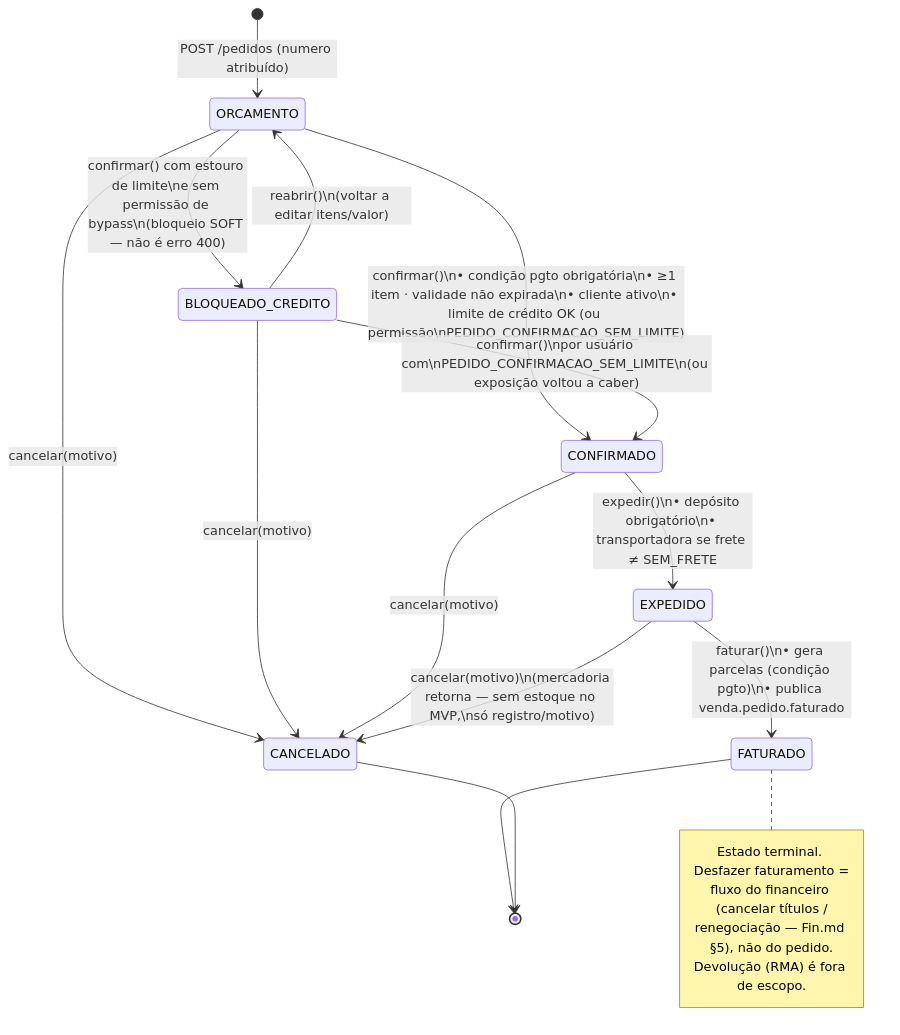
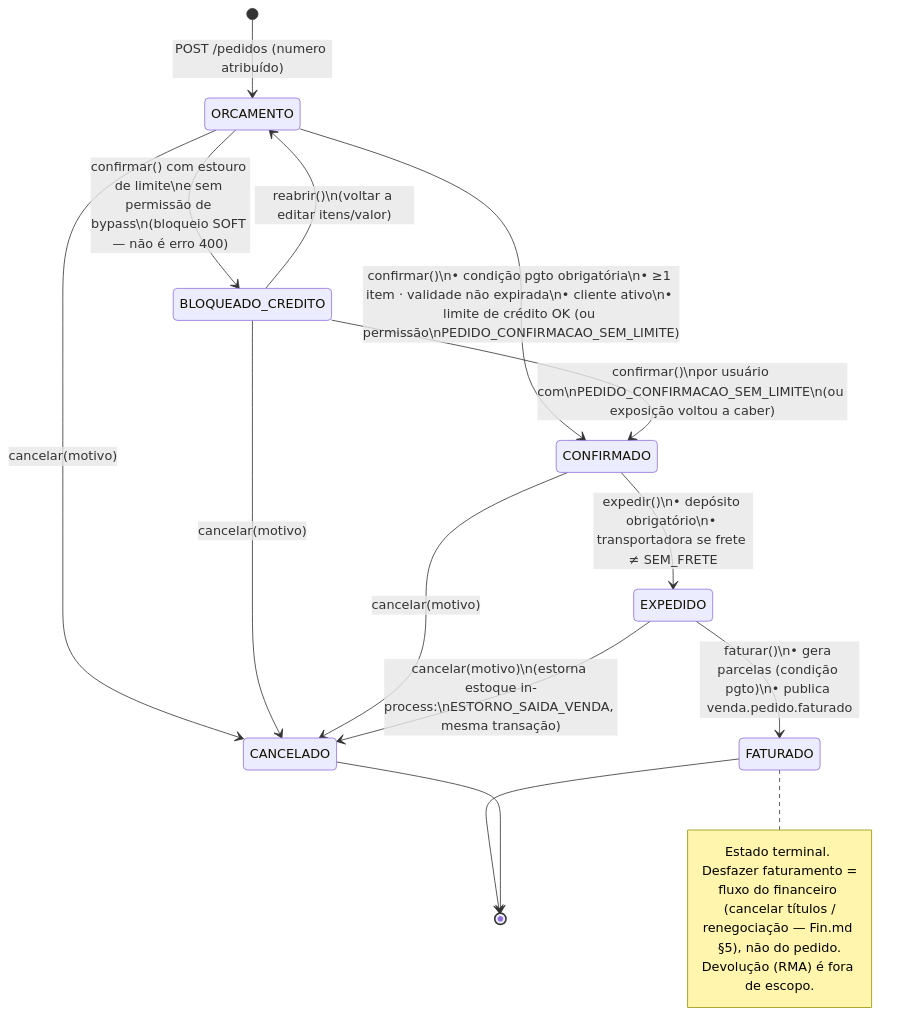
One commit to looperperp-main/lerp-system changed the first of 2 diagrams in spec/o2c-vendas.md. Above: the diagram before and after it, drawn with Mermaid. The commit also changed other lines of this file and 5 other files, not shown here.

````diff
--- a/spec/o2c-vendas.md
+++ b/spec/o2c-vendas.md
@@ -147,28 +149,28 @@
 ```mermaid
 stateDiagram-v2
     [*] --> ORCAMENTO : POST /pedidos (numero atribuído)
 
     ORCAMENTO --> CONFIRMADO : confirmar()\n• condição pgto obrigatória\n• ≥1 item · validade não expirada\n• cliente ativo\n• limite de crédito OK (ou permissão\nPEDIDO_CONFIRMACAO_SEM_LIMITE)
     ORCAMENTO --> BLOQUEADO_CREDITO : confirmar() com estouro de limite\ne sem permissão de bypass\n(bloqueio SOFT — não é erro 400)
     ORCAMENTO --> CANCELADO : cancelar(motivo)
 
     BLOQUEADO_CREDITO --> CONFIRMADO : confirmar()\npor usuário com\nPEDIDO_CONFIRMACAO_SEM_LIMITE\n(ou exposição voltou a caber)
     BLOQUEADO_CREDITO --> ORCAMENTO : reabrir()\n(voltar a editar itens/valor)
     BLOQUEADO_CREDITO --> CANCELADO : cancelar(motivo)
 
     CONFIRMADO --> EXPEDIDO : expedir()\n• depósito obrigatório\n• transportadora se frete ≠ SEM_FRETE
     CONFIRMADO --> CANCELADO : cancelar(motivo)
 
     EXPEDIDO --> FATURADO : faturar()\n• gera parcelas (condição pgto)\n• publica venda.pedido.faturado
-    EXPEDIDO --> CANCELADO : cancelar(motivo)\n(mercadoria retorna — sem estoque no MVP,\nsó registro/motivo)
+    EXPEDIDO --> CANCELADO : cancelar(motivo)\n(estorna estoque in-process:\nESTORNO_SAIDA_VENDA, mesma transação)
 
     FATURADO --> [*]
     CANCELADO --> [*]
 
     note right of FATURADO
         Estado terminal. Desfazer faturamento =
         fluxo do financeiro (cancelar títulos /
         renegociação — Fin.md §5), não do pedido.
         Devolução (RMA) é fora de escopo.
     end note
 ```
````
